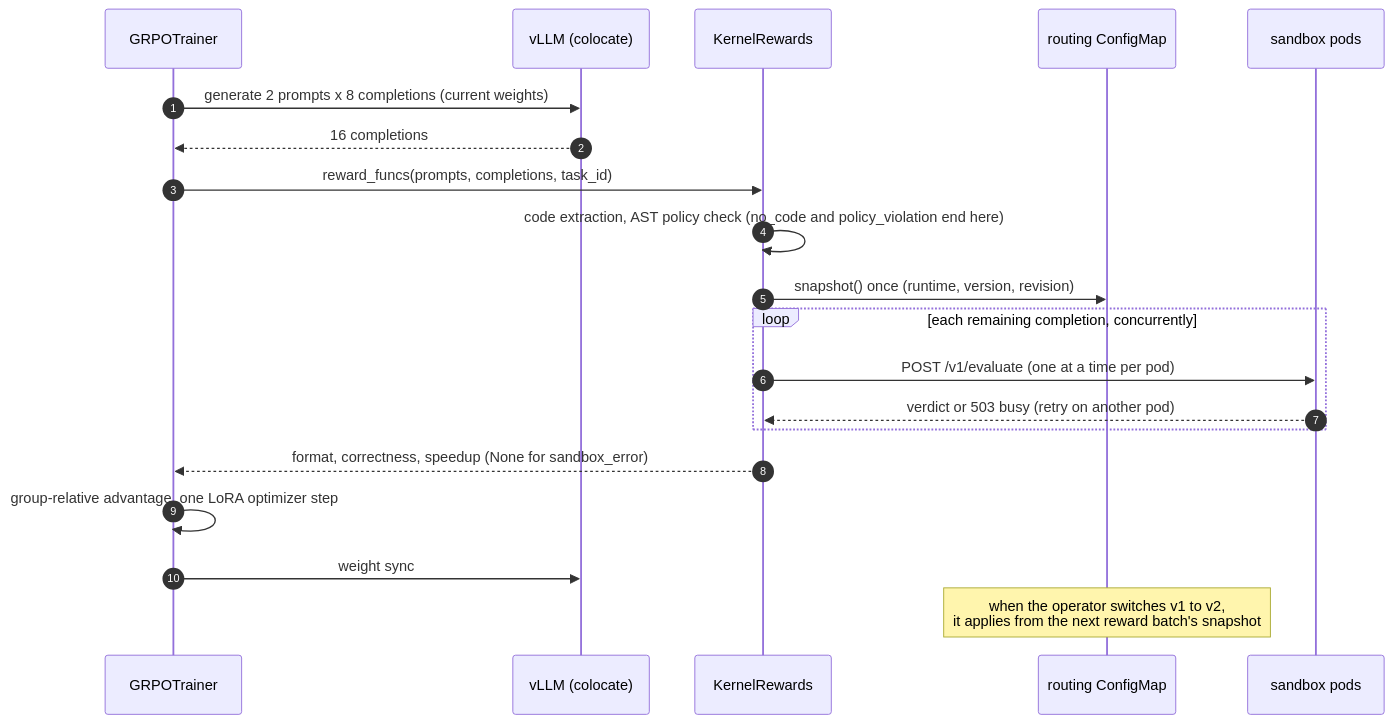
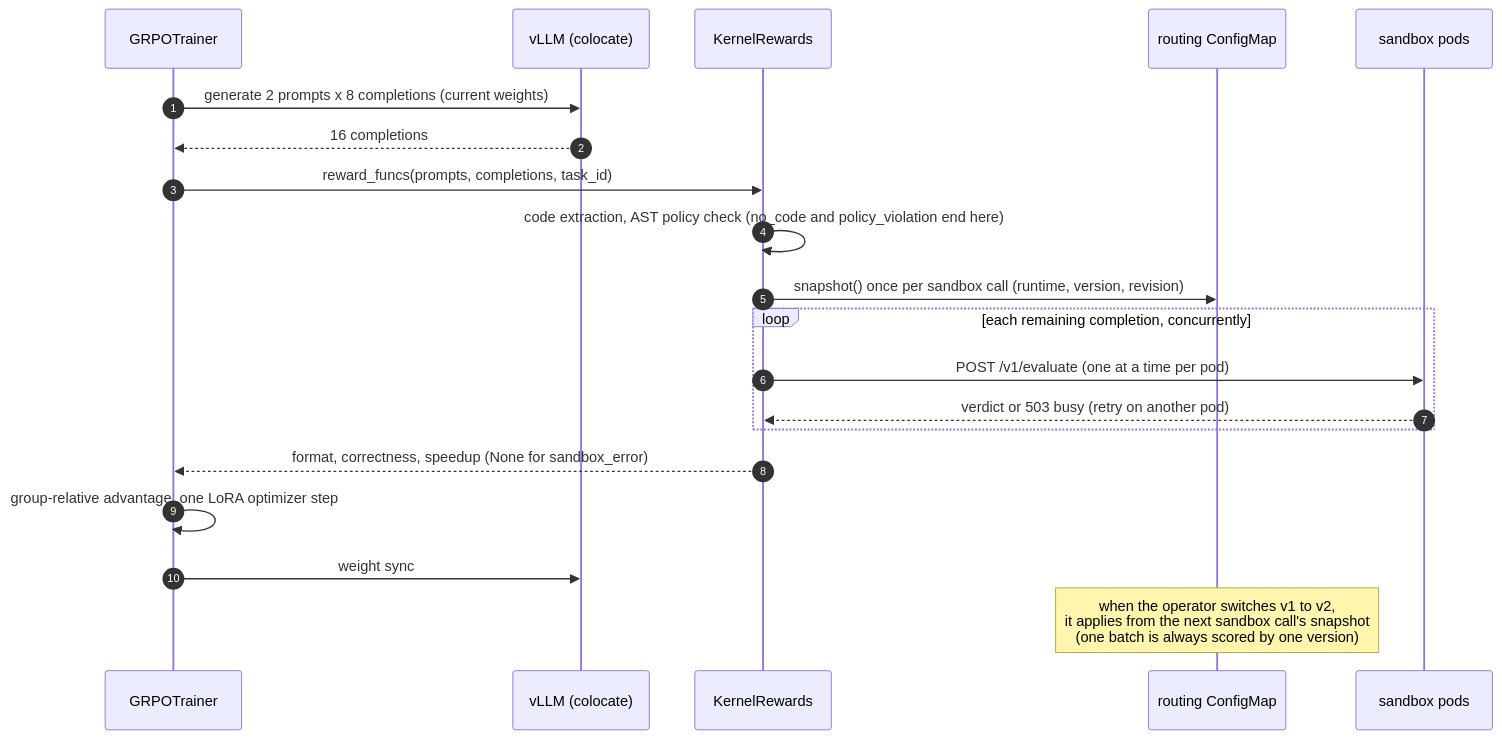
The diagram in docs/concepts/03_onpolicy_rl_with_sandboxes.en.md (daekeun-ml/gpu-sandbox-on-aws), drawn with Mermaid before and after one commit. The commit also changed other lines of this file and 171 other files, not shown here.

````diff
--- a/docs/concepts/03_onpolicy_rl_with_sandboxes.en.md
+++ b/docs/concepts/03_onpolicy_rl_with_sandboxes.en.md
@@ -54,22 +54,22 @@
 ```mermaid
 sequenceDiagram
     autonumber
     participant T as GRPOTrainer
     participant V as vLLM (colocate)
     participant R as KernelRewards
     participant M as routing ConfigMap
     participant S as sandbox pods
     T->>V: generate 2 prompts x 8 completions (current weights)
     V-->>T: 16 completions
     T->>R: reward_funcs(prompts, completions, task_id)
     R->>R: code extraction, AST policy check (no_code and policy_violation end here)
-    R->>M: snapshot() once (runtime, version, revision)
+    R->>M: snapshot() once per sandbox call (runtime, version, revision)
     loop each remaining completion, concurrently
         R->>S: POST /v1/evaluate (one at a time per pod)
         S-->>R: verdict or 503 busy (retry on another pod)
     end
     R-->>T: format, correctness, speedup (None for sandbox_error)
     T->>T: group-relative advantage, one LoRA optimizer step
     T->>V: weight sync
-    Note over M: when the operator switches v1 to v2,<br/>it applies from the next reward batch's snapshot
+    Note over M: when the operator switches v1 to v2,<br/>it applies from the next sandbox call's snapshot<br/>(one batch is always scored by one version)
 ```
````
